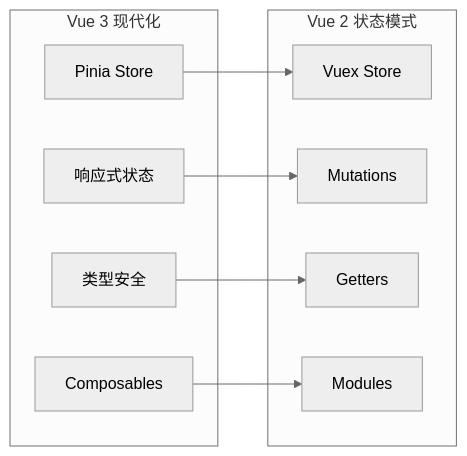
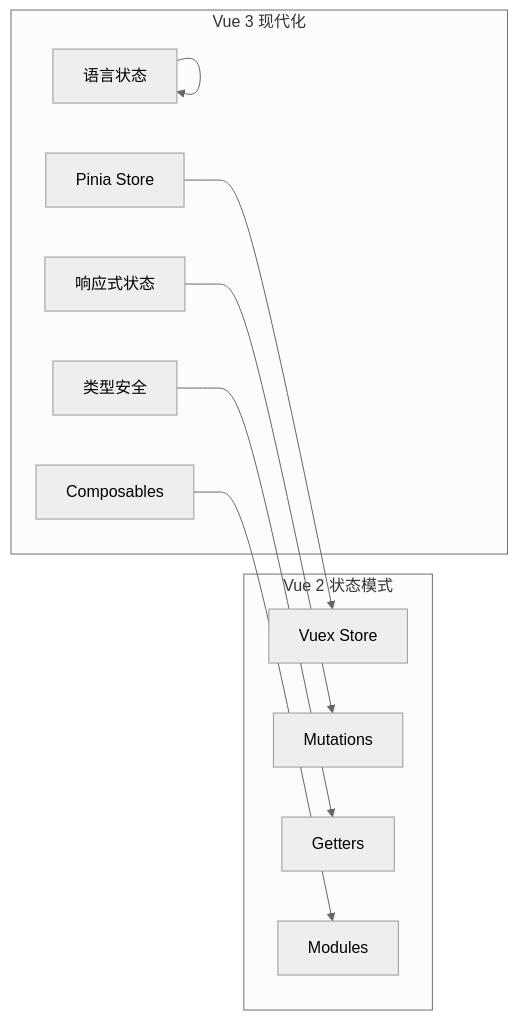
One commit to joezxh/QuantDinger changed diagram 12 of 14 in .qoder/repowiki/zh/content/核心功能模块/Vue 3 前端重写.md. Above: the diagram before and after it, drawn with Mermaid (neutral theme). The commit also changed other lines of this file and 116 other files, not shown here.

````diff
--- a/.qoder/repowiki/zh/content/核心功能模块/Vue 3 前端重写.md
+++ b/.qoder/repowiki/zh/content/核心功能模块/Vue 3 前端重写.md
@@ -326,19 +460,21 @@
 ```mermaid
 flowchart LR
 subgraph "Vue 2 状态模式"
 V2_Vuex[Vuex Store]
 V2_Mutations[Mutations]
 V2_Getters[Getters]
 V2_Modules[Modules]
 end
 subgraph "Vue 3 现代化"
 V3_Pinia[Pinia Store]
 V3_Composables[Composables]
 V3_Reactive[响应式状态]
 V3_TypeSafe[类型安全]
+V3_Locale[语言状态]
 end
 V3_Pinia --> V2_Vuex
 V3_Composables --> V2_Modules
 V3_Reactive --> V2_Mutations
 V3_TypeSafe --> V2_Getters
+V3_Locale --> V3_Locale
 ```
````
